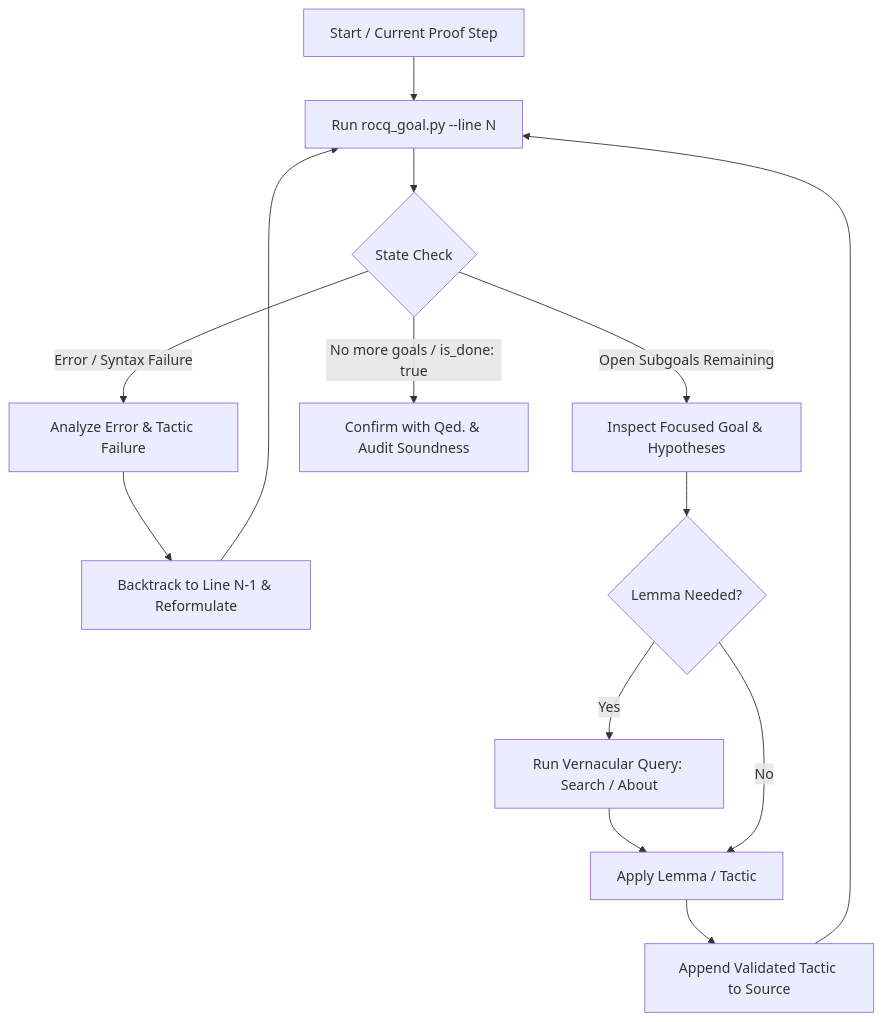
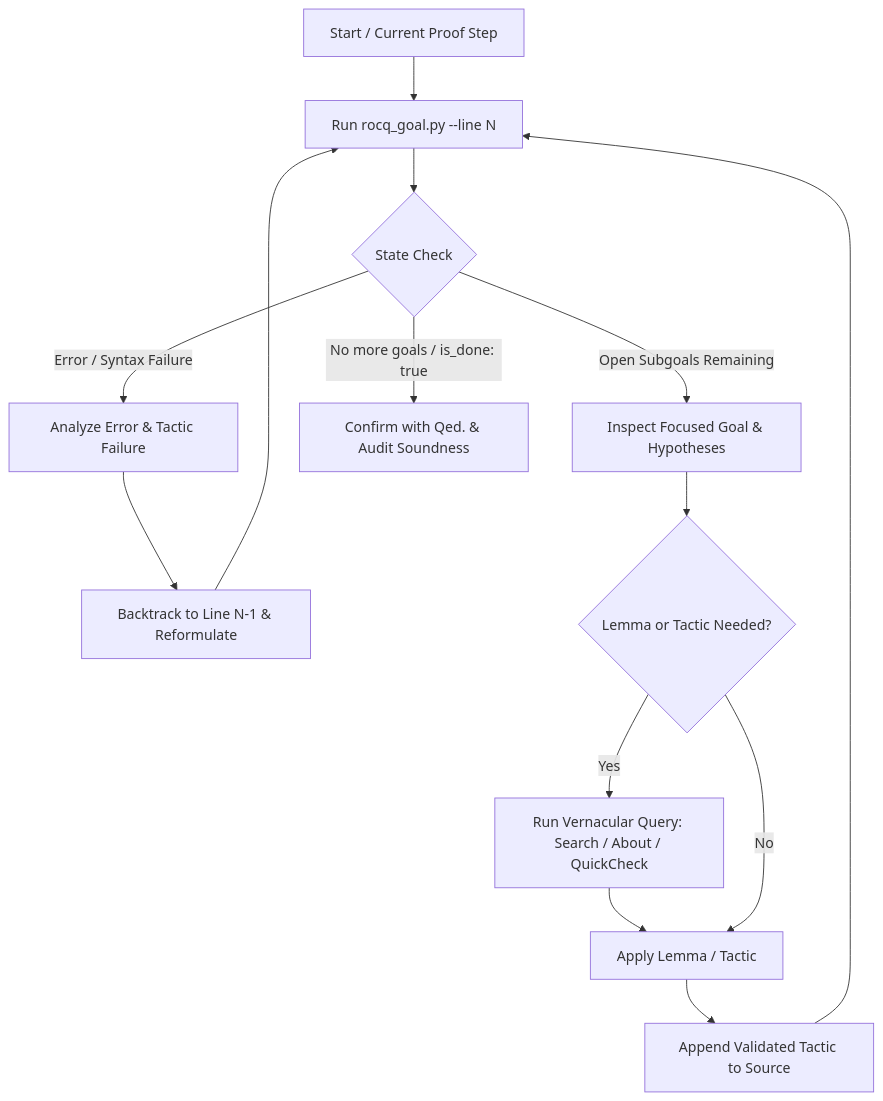
The diagram in skills/rocq-ltac-interactive-proof/references/interactive_workflow.md (MI-1222/rocq-ltac-skills), drawn with Mermaid before and after one commit. The commit also changed other lines of this file and 3 other files, not shown here.

````diff
--- a/skills/rocq-ltac-interactive-proof/references/interactive_workflow.md
+++ b/skills/rocq-ltac-interactive-proof/references/interactive_workflow.md
@@ -11,16 +11,16 @@
 ```mermaid
 graph TD
   A[Start / Current Proof Step] --> B[Run rocq_goal.py --line N]
   B --> C{State Check}
   C -- "Error / Syntax Failure" --> D[Analyze Error & Tactic Failure]
   D --> E[Backtrack to Line N-1 & Reformulate]
   E --> B
   C -- "Open Subgoals Remaining" --> F[Inspect Focused Goal & Hypotheses]
-  F --> G{Lemma Needed?}
-  G -- "Yes" --> H[Run Vernacular Query: Search / About]
+  F --> G{Lemma or Tactic Needed?}
+  G -- "Yes" --> H[Run Vernacular Query: Search / About / QuickCheck]
   H --> I[Apply Lemma / Tactic]
   G -- "No" --> I
   I --> J[Append Validated Tactic to Source]
   J --> B
   C -- "No more goals / is_done: true" --> K[Confirm with Qed. & Audit Soundness]
 ```
````
